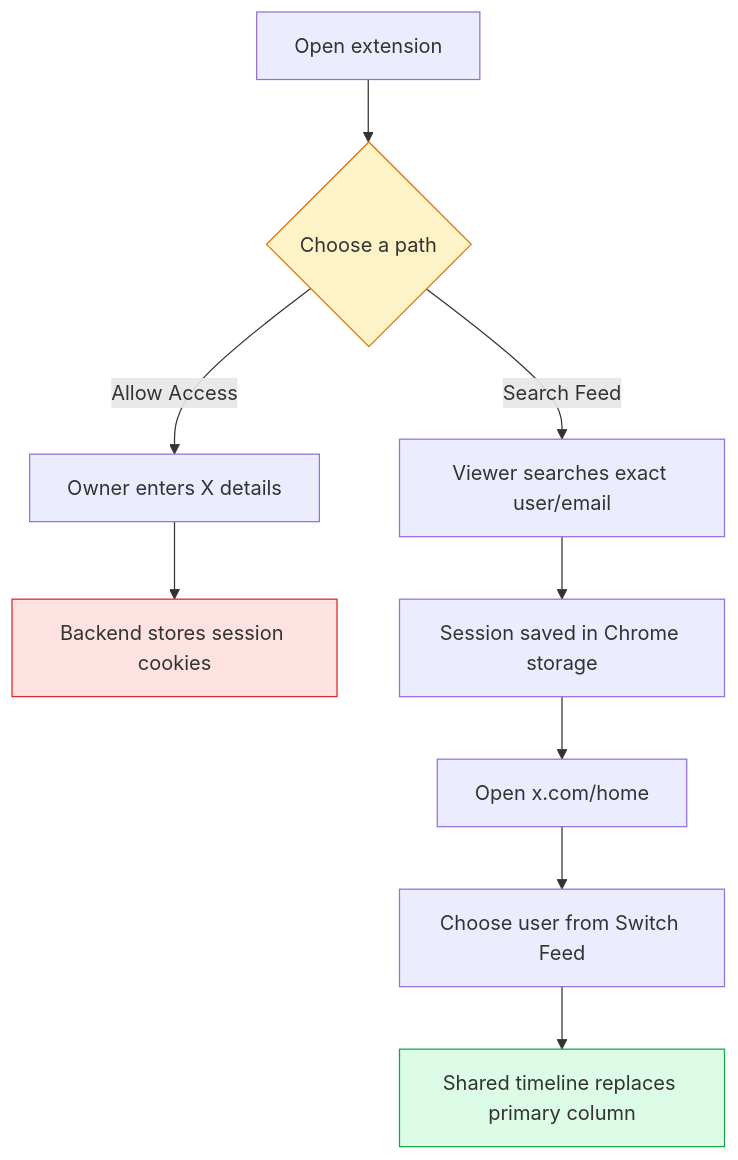
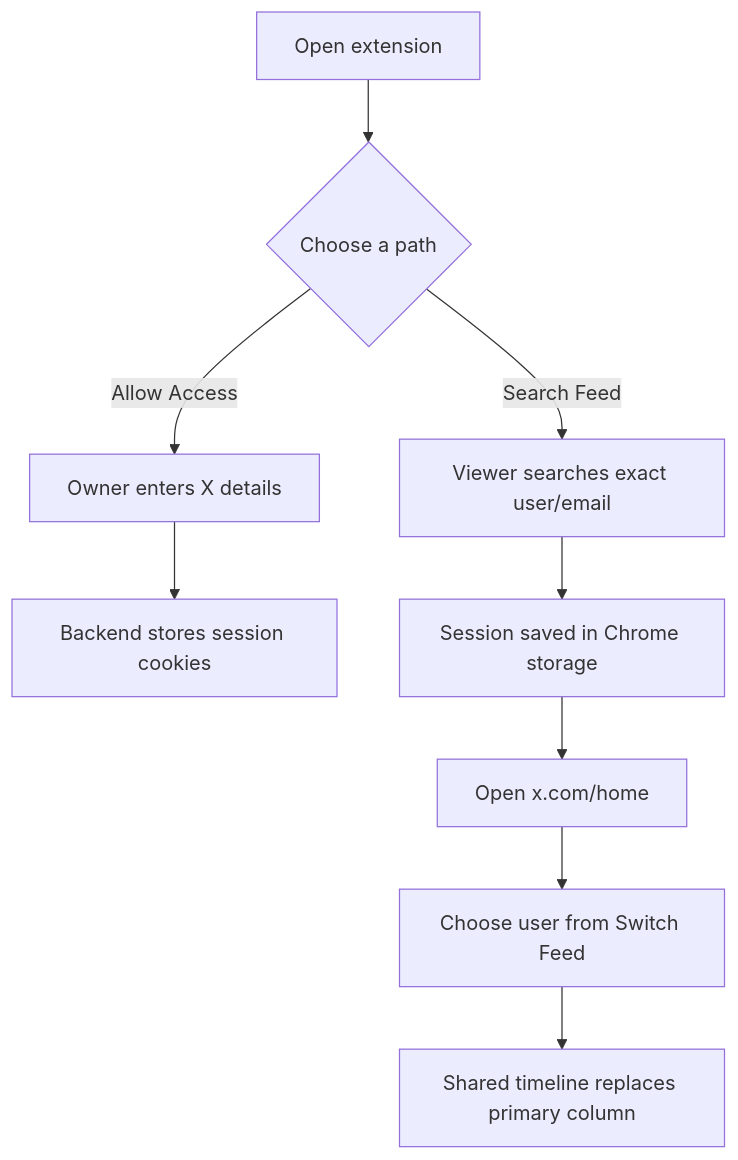
The second of 8 diagrams in README.md (SidheshwarSarangal/X_feed_extension), drawn with Mermaid before and after one commit. The commit also changed other lines of this file and 4 other files, not shown here.

````diff
--- a/README.md
+++ b/README.md
@@ -28,15 +22,12 @@
 ```mermaid
 flowchart TB
     Open[Open extension] --> Choice{Choose a path}
     Choice -->|Allow Access| Login[Owner enters X details]
     Login --> Share[Backend stores session cookies]
     Choice -->|Search Feed| Search[Viewer searches exact user/email]
     Search --> Save[Session saved in Chrome storage]
     Save --> Home[Open x.com/home]
     Home --> Select[Choose user from Switch Feed]
     Select --> Feed[Shared timeline replaces primary column]
 
-    style Choice fill:#fef3c7,stroke:#d97706
-    style Share fill:#fee2e2,stroke:#dc2626
-    style Feed fill:#dcfce7,stroke:#16a34a
 ```
````
